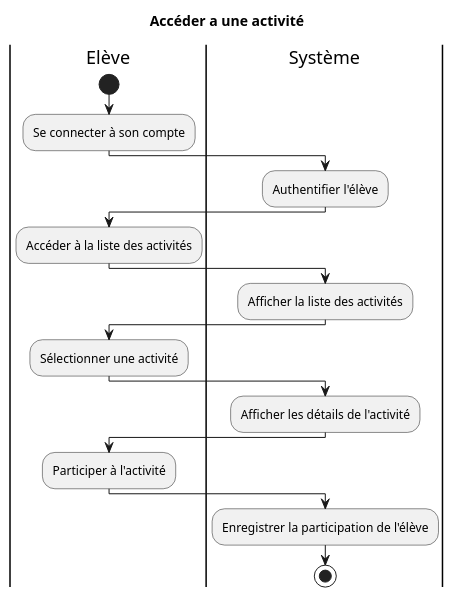
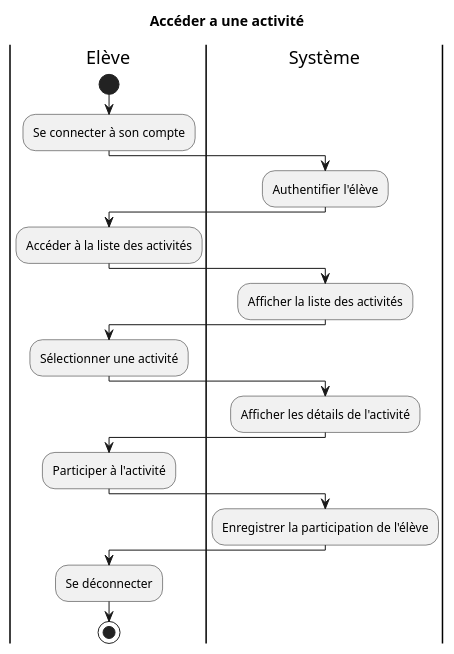
One commit to AurelienDillies/Primeo changed the diagram in Conception/activite/accederActivité.puml. Above: the diagram before and after it, drawn with PlantUML. The commit also changed 3 other files, not shown here.

Commit message:
diagramme suivie parent fait

```diff
--- a/Conception/activite/accederActivité.puml
+++ b/Conception/activite/accederActivité.puml
@@ -1,24 +1,26 @@
 @startuml Accéder a une activité
 
 title Accéder a une activité
 
 |Elève|
 start
 :Se connecter à son compte;
 |Système|
 :Authentifier l'élève;
 |Elève|
 :Accéder à la liste des activités;
 |Système|
 :Afficher la liste des activités;
 |Elève|
 :Sélectionner une activité;
 |Système|
 :Afficher les détails de l'activité;
 |Elève|
 :Participer à l'activité;
 |Système|
 :Enregistrer la participation de l'élève;
+|Elève|
+:Se déconnecter;
 stop
 
 @enduml
```
